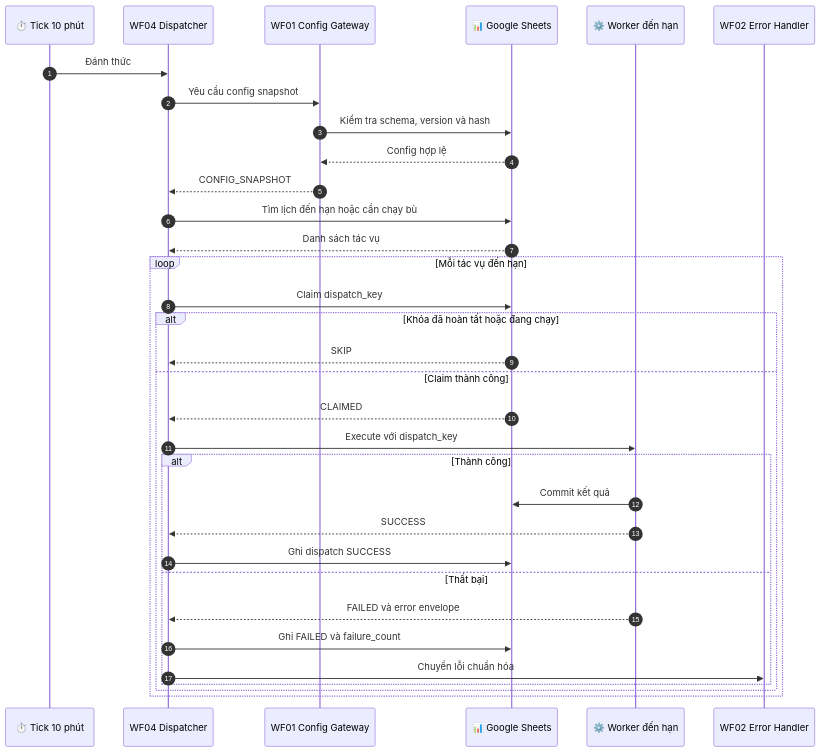
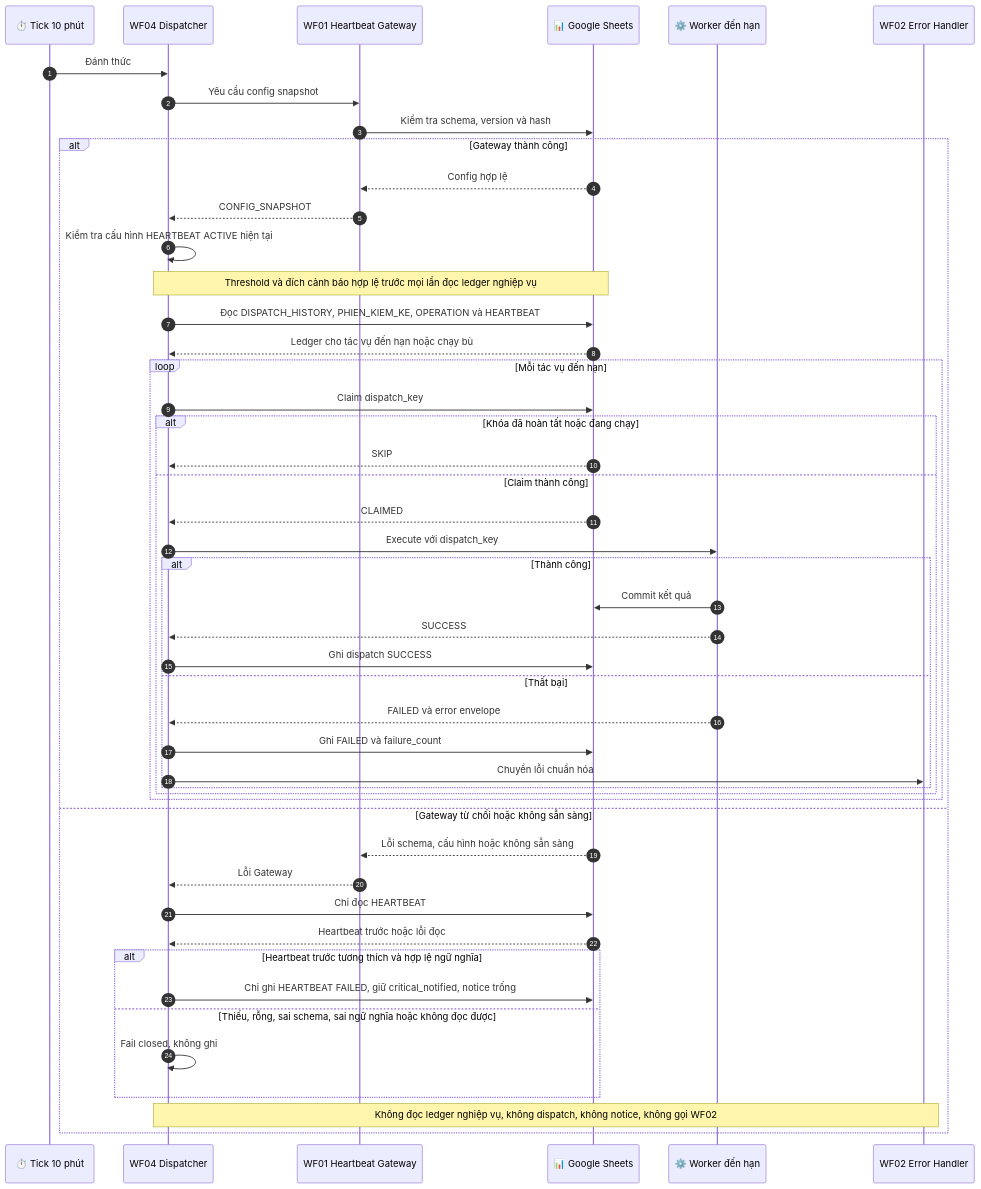
Before and after one commit to devphucthinh/n8n-Modus: the diagram in docs/maintenance/diagrams/v2-dispatcher-sequence.mmd, drawn with Mermaid. The commit also changed 52 other files, not shown here.

```diff
--- a/docs/maintenance/diagrams/v2-dispatcher-sequence.mmd
+++ b/docs/maintenance/diagrams/v2-dispatcher-sequence.mmd
@@ -1,34 +1,49 @@
 sequenceDiagram
     autonumber
     participant K as ⏱️ Tick 10 phút
     participant D as WF04 Dispatcher
-    participant C as WF01 Config Gateway
+    participant C as WF01 Heartbeat Gateway
     participant S as 📊 Google Sheets
     participant W as ⚙️ Worker đến hạn
     participant E as WF02 Error Handler
 
     K->>D: Đánh thức
     D->>C: Yêu cầu config snapshot
     C->>S: Kiểm tra schema, version và hash
-    S-->>C: Config hợp lệ
-    C-->>D: CONFIG_SNAPSHOT
-    D->>S: Tìm lịch đến hạn hoặc cần chạy bù
-    S-->>D: Danh sách tác vụ
-    loop Mỗi tác vụ đến hạn
-        D->>S: Claim dispatch_key
-        alt Khóa đã hoàn tất hoặc đang chạy
-            S-->>D: SKIP
-        else Claim thành công
-            S-->>D: CLAIMED
-            D->>W: Execute với dispatch_key
-            alt Thành công
-                W->>S: Commit kết quả
-                W-->>D: SUCCESS
-                D->>S: Ghi dispatch SUCCESS
-            else Thất bại
-                W-->>D: FAILED và error envelope
-                D->>S: Ghi FAILED và failure_count
-                D->>E: Chuyển lỗi chuẩn hóa
+    alt Gateway thành công
+        S-->>C: Config hợp lệ
+        C-->>D: CONFIG_SNAPSHOT
+        D->>D: Kiểm tra cấu hình HEARTBEAT ACTIVE hiện tại
+        Note over D,S: Threshold và đích cảnh báo hợp lệ trước mọi lần đọc ledger nghiệp vụ
+        D->>S: Đọc DISPATCH_HISTORY, PHIEN_KIEM_KE, OPERATION và HEARTBEAT
+        S-->>D: Ledger cho tác vụ đến hạn hoặc chạy bù
+        loop Mỗi tác vụ đến hạn
+            D->>S: Claim dispatch_key
+            alt Khóa đã hoàn tất hoặc đang chạy
+                S-->>D: SKIP
+            else Claim thành công
+                S-->>D: CLAIMED
+                D->>W: Execute với dispatch_key
+                alt Thành công
+                    W->>S: Commit kết quả
+                    W-->>D: SUCCESS
+                    D->>S: Ghi dispatch SUCCESS
+                else Thất bại
+                    W-->>D: FAILED và error envelope
+                    D->>S: Ghi FAILED và failure_count
+                    D->>E: Chuyển lỗi chuẩn hóa
+                end
             end
         end
+    else Gateway từ chối hoặc không sẵn sàng
+        S-->>C: Lỗi schema, cấu hình hoặc không sẵn sàng
+        C-->>D: Lỗi Gateway
+        D->>S: Chỉ đọc HEARTBEAT
+        S-->>D: Heartbeat trước hoặc lỗi đọc
+        alt Heartbeat trước tương thích và hợp lệ ngữ nghĩa
+            D->>S: Chỉ ghi HEARTBEAT FAILED, giữ critical_notified, notice trống
+        else Thiếu, rỗng, sai schema, sai ngữ nghĩa hoặc không đọc được
+            D->>D: Fail closed, không ghi
+        end
+        Note over D,E: Không đọc ledger nghiệp vụ, không dispatch, không notice, không gọi WF02
     end
```
